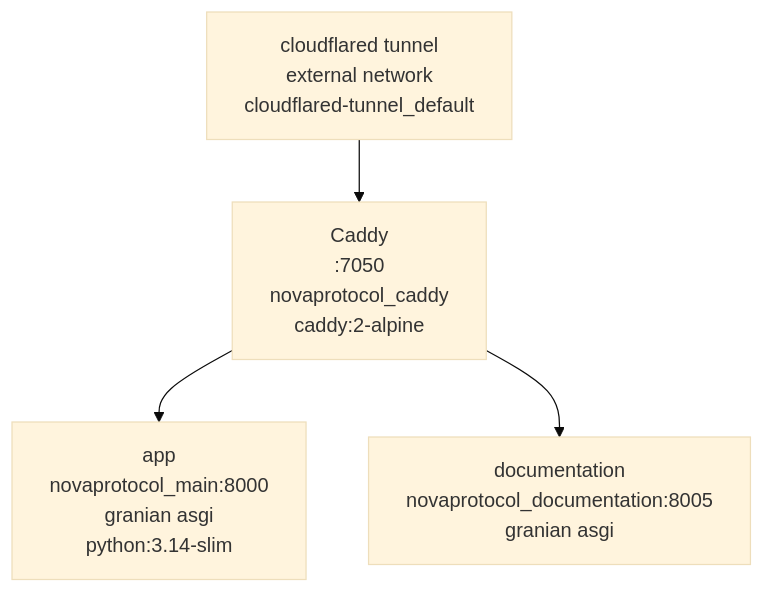
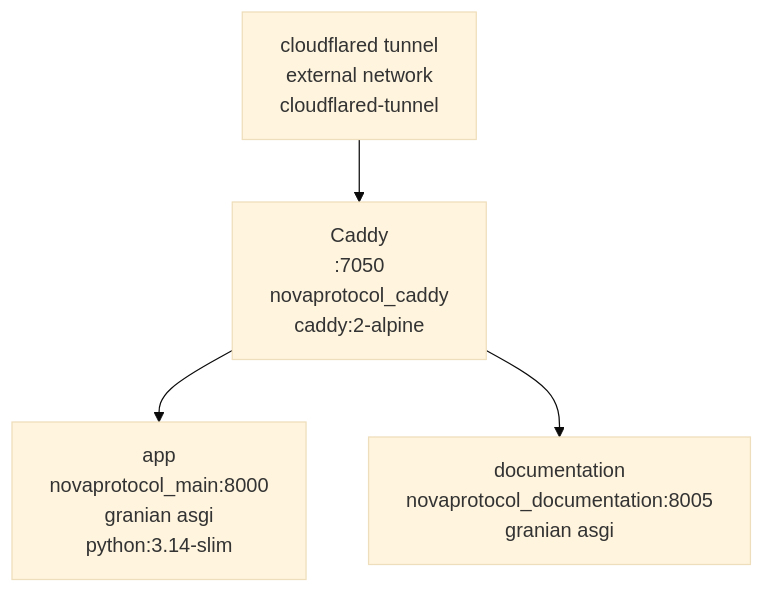
Before and after one commit to NovaProtocol/NovaProtocol: the diagram in documentation/docs/architecture.md, drawn with Mermaid (base theme). The commit also changed other lines of this file and 15 other files, not shown here.

Commit message:
docs: sync docs to owned gatekeeper network and harden caddy

````diff
--- a/documentation/docs/architecture.md
+++ b/documentation/docs/architecture.md
@@ -140,6 +130,6 @@
 ```mermaid
 graph TB
-    TUN["cloudflared tunnel<br/>external network<br/>cloudflared-tunnel_default"] --> CADDY
-    CADDY["Caddy<br/>:7050<br/>novaprotocol_caddy<br/>caddy:2-alpine"] --> APP["app<br/>novaprotocol_main:8000<br/>granian asgi<br/>python:3.14-slim"]
-    CADDY --> DOCS["documentation<br/>novaprotocol_documentation:8005<br/>granian asgi"]
+ TUN["cloudflared tunnel<br/>external network<br/>cloudflared-tunnel"] --> CADDY
+ CADDY["Caddy<br/>:7050<br/>novaprotocol_caddy<br/>caddy:2-alpine"] --> APP["app<br/>novaprotocol_main:8000<br/>granian asgi<br/>python:3.14-slim"]
+ CADDY --> DOCS["documentation<br/>novaprotocol_documentation:8005<br/>granian asgi"]
 ```
````
